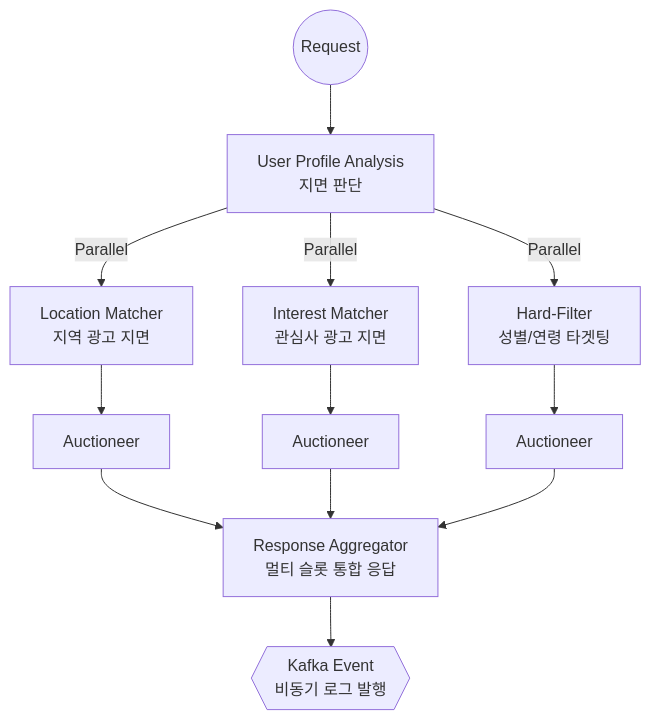
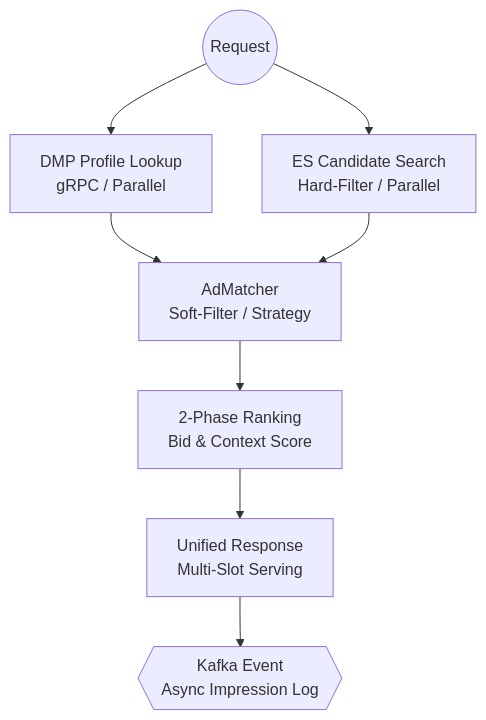
The diagram in README.md (HoonyL84/Ad-Server-Engine), drawn with Mermaid before and after one commit. The commit also changed other lines of this file and 3 other files, not shown here.

````diff
--- a/README.md
+++ b/README.md
@@ -18,17 +32,13 @@
 ```mermaid
 graph TD
-    REQ((Request)) --> ANALYZE[User Profile Analysis <br/> 지면 판단]
-    ANALYZE -->|Parallel| L_MATCH[Location Matcher <br/> 지역 광고 지면]
-    ANALYZE -->|Parallel| I_MATCH[Interest Matcher <br/> 관심사 광고 지면]
-    ANALYZE -->|Parallel| H_FILTER[Hard-Filter <br/> 성별/연령 타겟팅]
+    REQ((Request)) --> DMP[DMP Profile Lookup <br/> gRPC / Parallel]
+    REQ --> ES_SEARCH[ES Candidate Search <br/> Hard-Filter / Parallel]
     
-    L_MATCH --> L_AUCTION[Auctioneer]
-    I_MATCH --> I_AUCTION[Auctioneer]
-    H_FILTER --> H_AUCTION[Auctioneer]
+    DMP --> MATCHER[AdMatcher <br/> Soft-Filter / Strategy]
+    ES_SEARCH --> MATCHER
     
-    L_AUCTION --> RESP[Response Aggregator <br/> 멀티 슬롯 통합 응답]
-    I_AUCTION --> RESP
-    H_AUCTION --> RESP
+    MATCHER --> RANKING[2-Phase Ranking <br/> Bid & Context Score]
+    RANKING --> RESP[Unified Response <br/> Multi-Slot Serving]
     
-    RESP --> KAFKA{{Kafka Event <br/> 비동기 로그 발행}}
+    RESP --> KAFKA{{Kafka Event <br/> Async Impression Log}}
 ```
````
